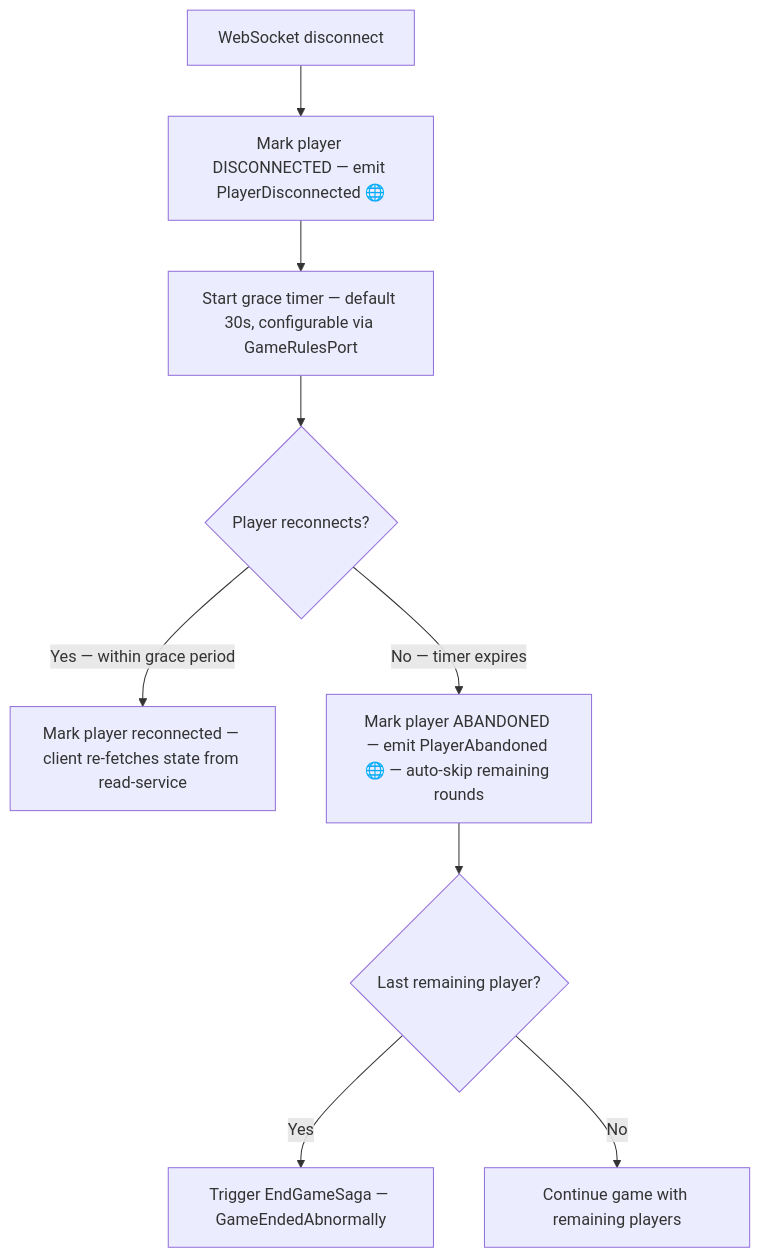
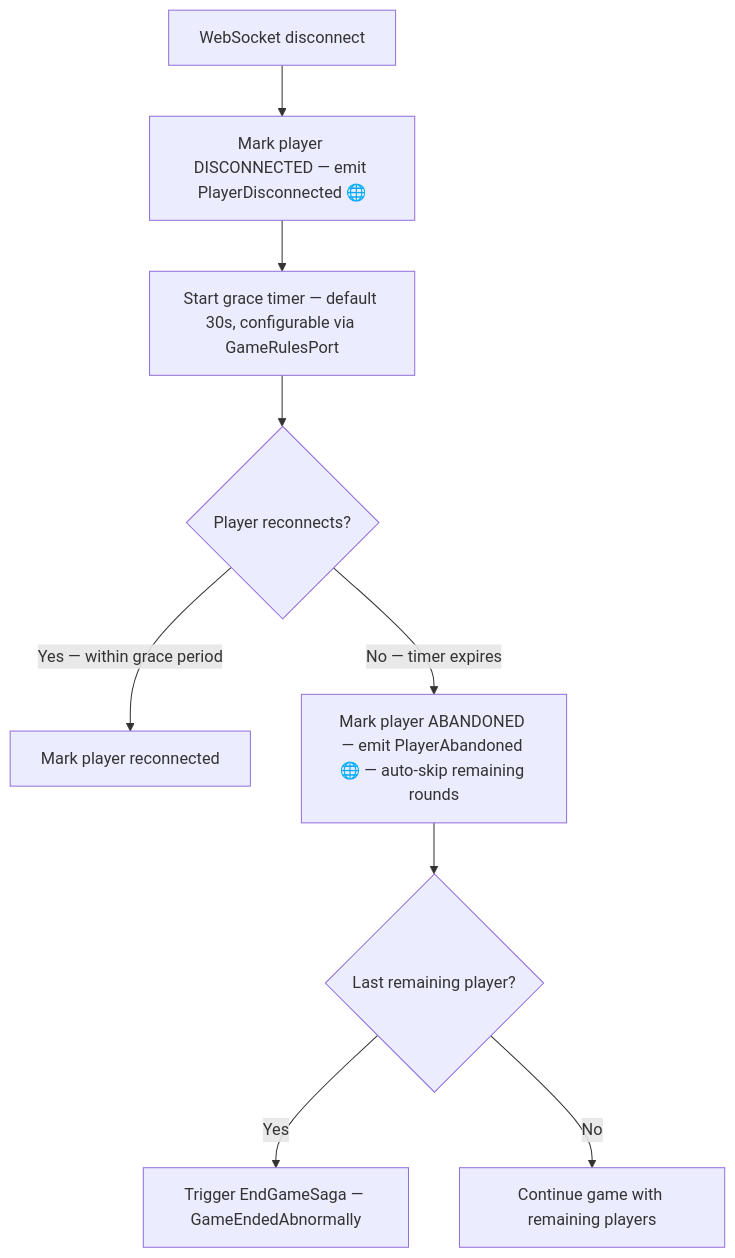
The second of 2 diagrams in sagas/special.mdx (temporal-rift/docs), drawn with Mermaid before and after one commit. The commit also changed other lines of this file and 5 other files, not shown here.

````diff
--- a/sagas/special.mdx
+++ b/sagas/special.mdx
@@ -53,11 +53,11 @@
 ```mermaid
 flowchart TD
   A[WebSocket disconnect] --> B[Mark player DISCONNECTED — emit PlayerDisconnected 🌐]
   B --> C[Start grace timer — default 30s, configurable via GameRulesPort]
   C --> D{Player reconnects?}
-  D -->|Yes — within grace period| E[Mark player reconnected — client re-fetches state from read-service]
+  D -->|Yes — within grace period| E[Mark player reconnected]
   D -->|No — timer expires| F[Mark player ABANDONED — emit PlayerAbandoned 🌐 — auto-skip remaining rounds]
   F --> G{Last remaining player?}
   G -->|Yes| H[Trigger EndGameSaga — GameEndedAbnormally]
   G -->|No| I[Continue game with remaining players]
 ```
````
